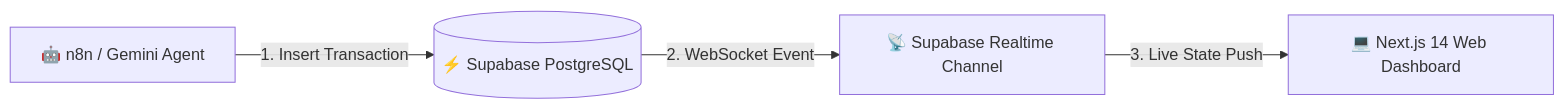
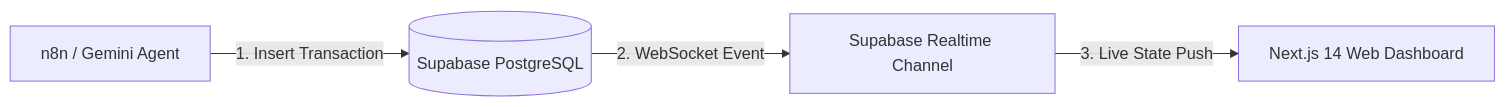
The third of 3 diagrams in README.md (gregoryadrs-alt/Fintrack-Agent), drawn with Mermaid before and after one commit.

Commit message:
Docs: Update project README documentation

````diff
--- a/README.md
+++ b/README.md
@@ -71,6 +71,6 @@
 ```mermaid
 flowchart LR
-    Agent["🤖 n8n / Gemini Agent"] -->|1. Insert Transaction| Supabase[("⚡ Supabase PostgreSQL")]
-    Supabase -->|2. WebSocket Event| Realtime["📡 Supabase Realtime Channel"]
-    Realtime -->|3. Live State Push| WebApp["💻 Next.js 14 Web Dashboard"]
+    Agent[" n8n / Gemini Agent"] -->|1. Insert Transaction| Supabase[(" Supabase PostgreSQL")]
+    Supabase -->|2. WebSocket Event| Realtime[" Supabase Realtime Channel"]
+    Realtime -->|3. Live State Push| WebApp[" Next.js 14 Web Dashboard"]
 ```
````
